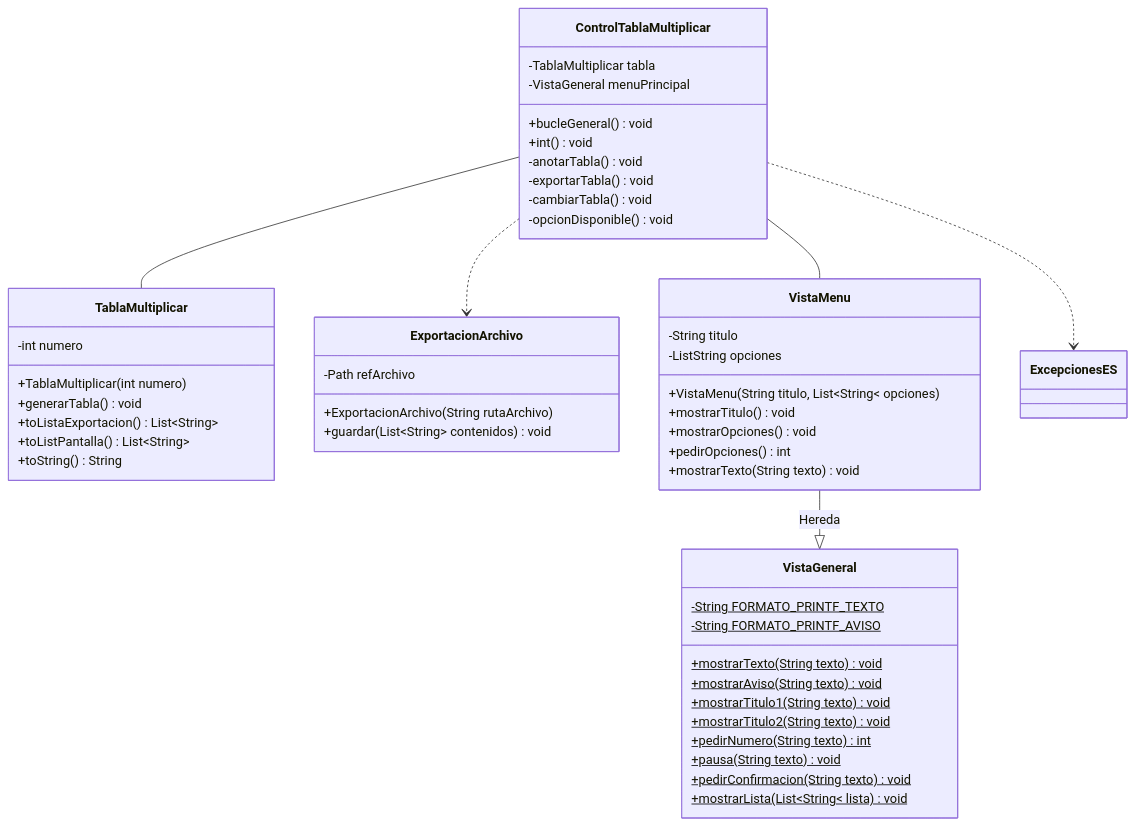
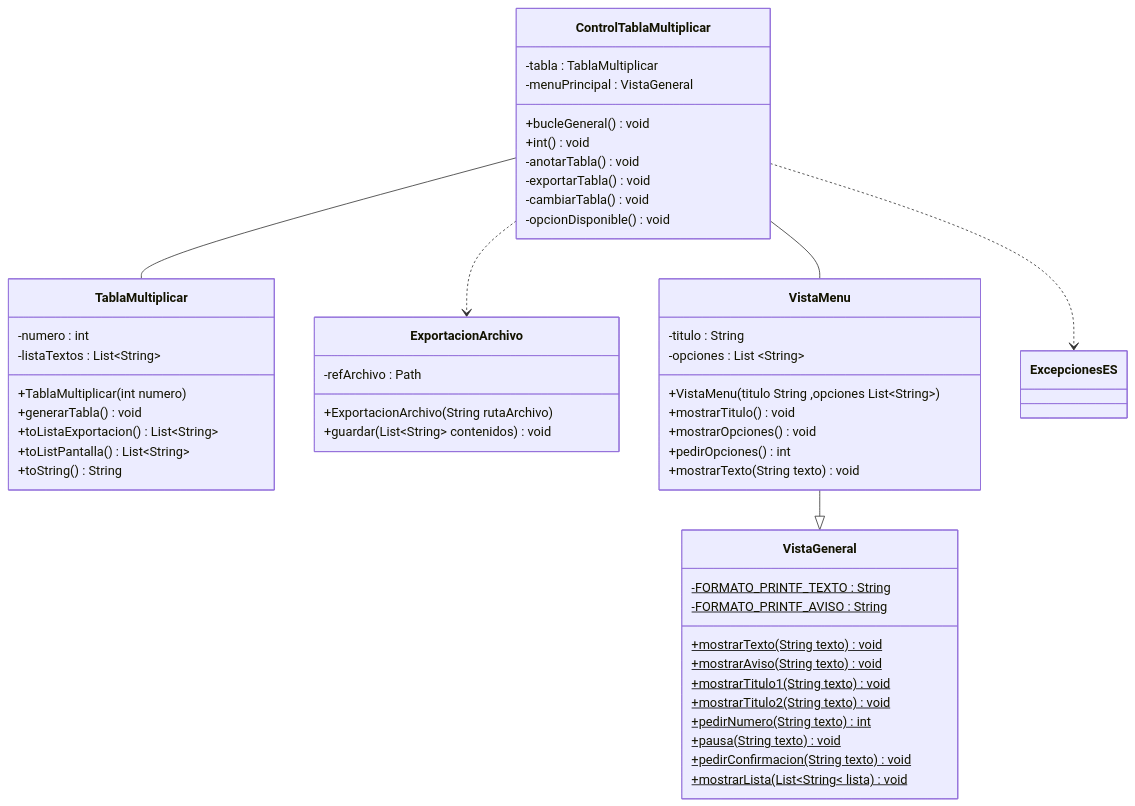
One commit to agatacabrerizo/ED20260305 changed the diagram in MapasUML/UMLTablaMultiplicar.md. Above: the diagram before and after it, drawn with Mermaid.

Commit message:
Cambios en la sintaxis mermaid y añadimos atributo en TablaMultiplicar

````diff
--- a/MapasUML/UMLTablaMultiplicar.md
+++ b/MapasUML/UMLTablaMultiplicar.md
@@ -1,57 +1,58 @@
 ```mermaid
 classDiagram
-    ControlTablaMultiplicar -- TablaMultiplicar
-    ControlTablaMultiplicar ..> ExportacionArchivo
+    ControlTablaMultiplicar -- TablaMultiplicar 
+    ControlTablaMultiplicar ..> ExportacionArchivo 
     ControlTablaMultiplicar -- VistaMenu
     ControlTablaMultiplicar ..> ExcepcionesES
-    VistaMenu --|> VistaGeneral : Hereda
+    VistaMenu --|> VistaGeneral
 
     class ControlTablaMultiplicar{
-        -TablaMultiplicar tabla
-        -VistaGeneral menuPrincipal
+        -tabla : TablaMultiplicar
+        -menuPrincipal : VistaGeneral
         +bucleGeneral() void
         +int() void
 		-anotarTabla() void
         -exportarTabla() void
         -cambiarTabla() void
         -opcionDisponible() void
     }
 
     class TablaMultiplicar{
-        -int numero
+        -numero : int
+        -listaTextos : List~String~
         +TablaMultiplicar(int numero)
         +generarTabla() void
         +toListaExportacion() List&lt;String&gt;
         +toListPantalla() List&lt;String&gt;
         +toString() String
     }
 
     class ExportacionArchivo {
-        -Path refArchivo
+        -refArchivo : Path
         +ExportacionArchivo(String rutaArchivo)
         +guardar(List&lt;String&gt; contenidos) void
     }
 
     class VistaMenu{
-        -String titulo
-        -ListString opciones
-        +VistaMenu(String titulo, List&lt;String&lt; opciones)
+        -titulo : String
+        -opciones : List ~String~
+        +VistaMenu(titulo String ,opciones List~String~ )
         +mostrarTitulo() void
         +mostrarOpciones() void
         +pedirOpciones() int
         +mostrarTexto(String texto) void
     }
 
     class VistaGeneral{
-        -String FORMATO_PRINTF_TEXTO$
-        -String FORMATO_PRINTF_AVISO$
+        -FORMATO_PRINTF_TEXTO : String$
+        -FORMATO_PRINTF_AVISO : String$
         +mostrarTexto(String texto)$ void
         +mostrarAviso(String texto)$ void
         +mostrarTitulo1(String texto)$ void
         +mostrarTitulo2(String texto)$ void
         +pedirNumero(String texto)$ int
         +pausa(String texto)$ void
         +pedirConfirmacion(String texto)$ void
         +mostrarLista(List&lt;String&lt; lista)$ void
     }
 ```
````
